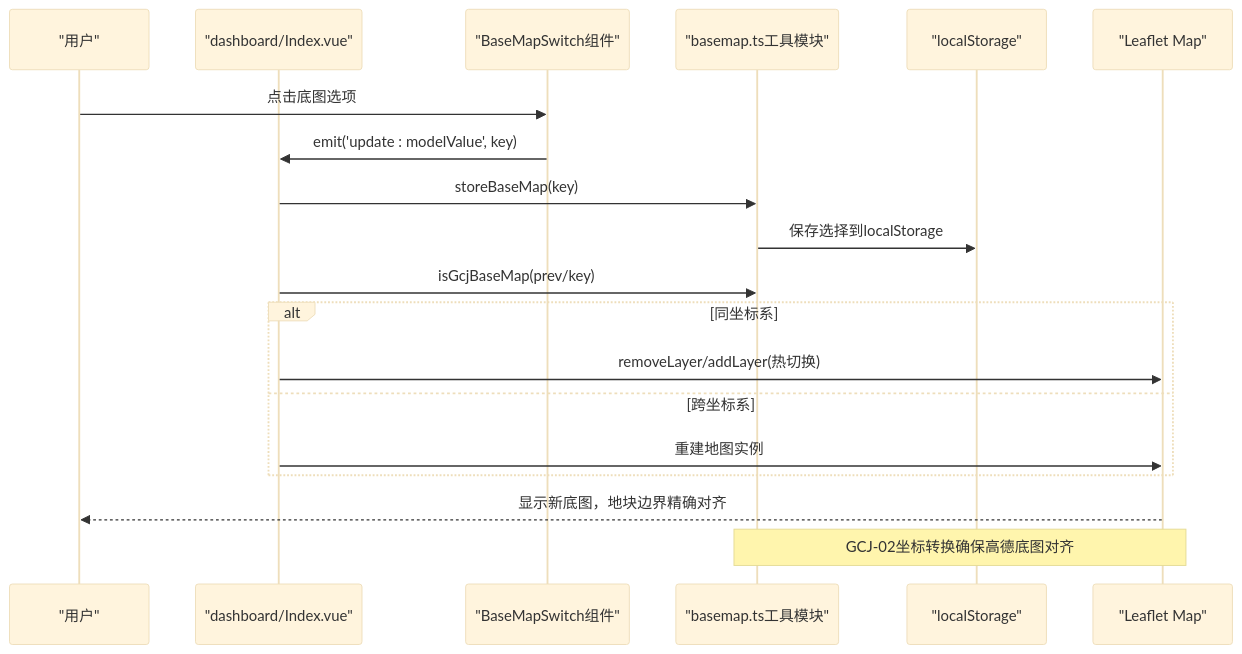
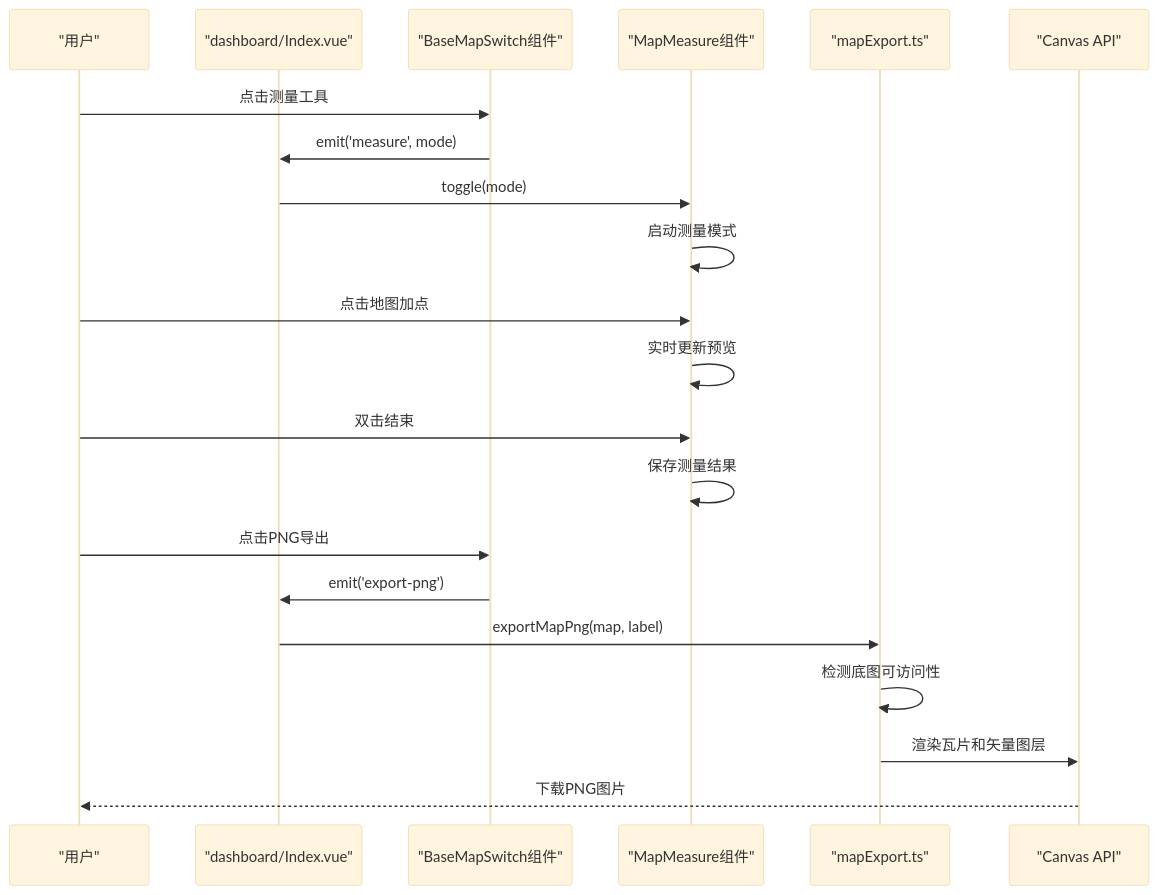
The second of 11 diagrams in .qoder/repowiki/zh/content/前端应用文档/地图可视化.md (q446328246/agri-platform), drawn with Mermaid (base theme) before and after one commit. The commit also changed other lines of this file and 48 other files, not shown here.

````diff
--- a/.qoder/repowiki/zh/content/前端应用文档/地图可视化.md
+++ b/.qoder/repowiki/zh/content/前端应用文档/地图可视化.md
@@ -180,21 +208,23 @@
 ```mermaid
 sequenceDiagram
 participant User as "用户"
 participant Dashboard as "dashboard/Index.vue"
 participant BaseMapSwitch as "BaseMapSwitch组件"
-participant BasemapUtils as "basemap.ts工具模块"
-participant Storage as "localStorage"
-participant Map as "Leaflet Map"
-User->>BaseMapSwitch : 点击底图选项
-BaseMapSwitch->>Dashboard : emit('update : modelValue', key)
-Dashboard->>BasemapUtils : storeBaseMap(key)
-BasemapUtils->>Storage : 保存选择到localStorage
-Dashboard->>BasemapUtils : isGcjBaseMap(prev/key)
-alt 同坐标系
-Dashboard->>Map : removeLayer/addLayer(热切换)
-else 跨坐标系
-Dashboard->>Map : 重建地图实例
-end
-Map-->>User : 显示新底图，地块边界精确对齐
-Note over BasemapUtils,Map : GCJ-02坐标转换确保高德底图对齐
+participant MapMeasure as "MapMeasure组件"
+participant MapExport as "mapExport.ts"
+participant Canvas as "Canvas API"
+User->>BaseMapSwitch : 点击测量工具
+BaseMapSwitch->>Dashboard : emit('measure', mode)
+Dashboard->>MapMeasure : toggle(mode)
+MapMeasure->>MapMeasure : 启动测量模式
+User->>MapMeasure : 点击地图加点
+MapMeasure->>MapMeasure : 实时更新预览
+User->>MapMeasure : 双击结束
+MapMeasure->>MapMeasure : 保存测量结果
+User->>BaseMapSwitch : 点击PNG导出
+BaseMapSwitch->>Dashboard : emit('export-png')
+Dashboard->>MapExport : exportMapPng(map, label)
+MapExport->>MapExport : 检测底图可访问性
+MapExport->>Canvas : 渲染瓦片和矢量图层
+Canvas-->>User : 下载PNG图片
 ```
````
